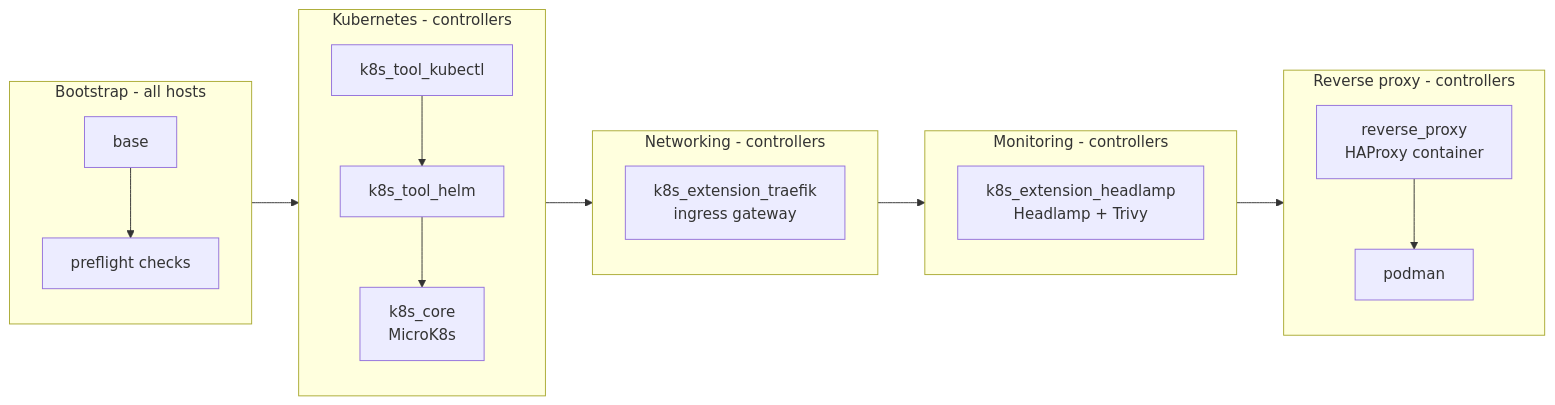
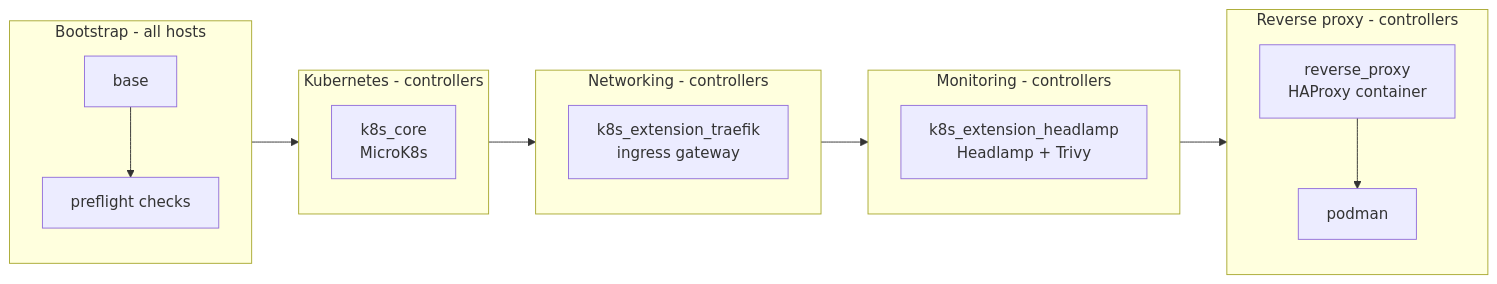
One commit to this-oliver/homelab changed the first of 5 diagrams in docs/architecture.md. Above: the diagram before and after it, drawn with Mermaid. The commit also changed other lines of this file and 16 other files, not shown here.

Commit message:
fix(k8s): merges kubectl and helm roles into k8s_core role (#26)

````diff
--- a/docs/architecture.md
+++ b/docs/architecture.md
@@ -16,31 +16,28 @@
 ```mermaid
 flowchart LR
     subgraph P1[Bootstrap - all hosts]
         base[base]
         preflight[preflight checks]
         base --> preflight
     end
 
     subgraph P2[Kubernetes - controllers]
-        kubectl[k8s_tool_kubectl]
-        helm[k8s_tool_helm]
         core[k8s_core<br/>MicroK8s]
-        kubectl --> helm --> core
     end
 
     subgraph P3[Networking - controllers]
         traefik[k8s_extension_traefik<br/>ingress gateway]
     end
 
     subgraph P4[Monitoring - controllers]
         headlamp[k8s_extension_headlamp<br/>Headlamp + Trivy]
     end
 
     subgraph P5[Reverse proxy - controllers]
         haproxy[reverse_proxy<br/>HAProxy container]
         podman[podman]
         haproxy --> podman
     end
 
     P1 --> P2 --> P3 --> P4 --> P5
 ```
````
